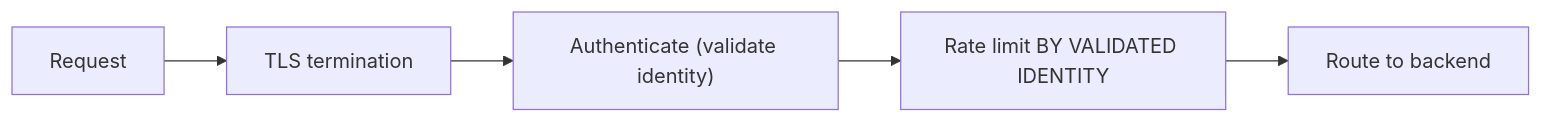
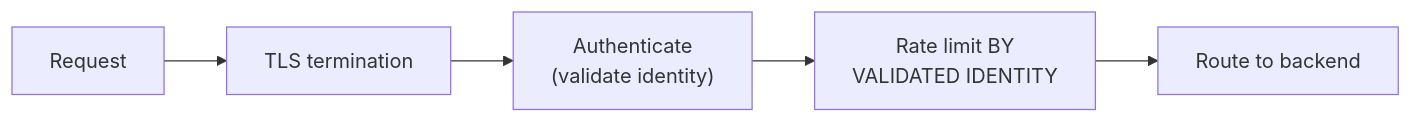
One commit to riyaz-pasha/Learnings changed the fifth of 13 diagrams in system-design/HLD/0-course/64-Design-an-API-Gateway-FAANG-Guide-story.md. Above: the diagram before and after it, drawn with Mermaid. The commit also changed other lines of this file and 1 other file, not shown here.

Commit message:
[REWRITE] API Gateway story guide: simplify prose, add structure, fix diagrams

````diff
--- a/system-design/HLD/0-course/64-Design-an-API-Gateway-FAANG-Guide-story.md
+++ b/system-design/HLD/0-course/64-Design-an-API-Gateway-FAANG-Guide-story.md
@@ -177,7 +273,7 @@
 ```mermaid
 flowchart LR
     A["Request"] --> TLS["TLS termination"]
-    TLS --> Auth["Authenticate (validate identity)"]
-    Auth --> RL["Rate limit BY VALIDATED IDENTITY"]
+    TLS --> Auth["Authenticate<br/>(validate identity)"]
+    Auth --> RL["Rate limit BY<br/>VALIDATED IDENTITY"]
     RL --> Route["Route to backend"]
 ```
````
